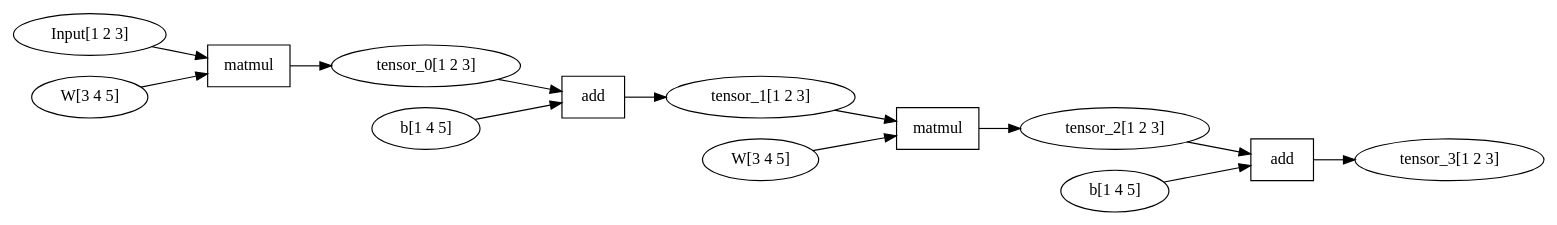
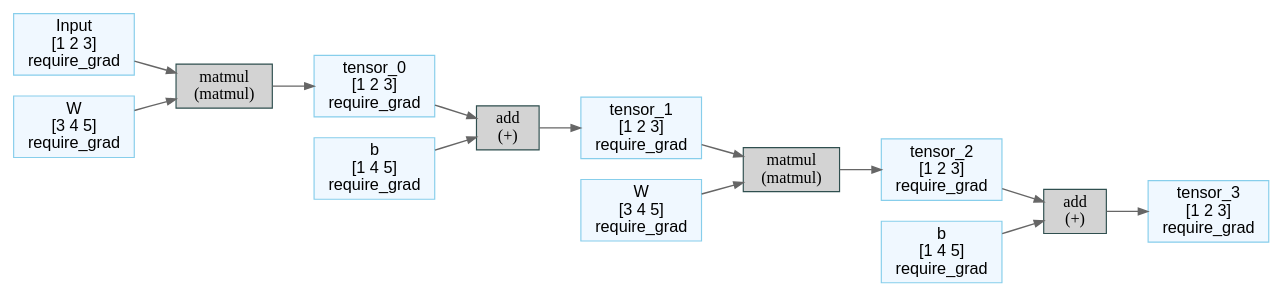
One commit to zhaziqwe/deepx changed the diagram in front/go/example/1_app.dot. Above: the diagram before and after it, drawn with Graphviz. The commit also changed 9 other files, not shown here.

```diff
--- a/front/go/example/1_app.dot
+++ b/front/go/example/1_app.dot
@@ -1,29 +1,29 @@
 digraph computational_graph {
   rankdir=LR;
   node [shape=record];
-  "0xc0000c2120" [label="Input[1 2 3]", shape=ellipse];
-  "0xc0000c2180" [label="W[3 4 5]", shape=ellipse];
-  "0xc0000c21e0" [label="tensor_0[1 2 3]", shape=ellipse];
-  "0xc0000c2240" [label="matmul", shape=rectangle];
-  "0xc0000c22a0" [label="b[1 4 5]", shape=ellipse];
-  "0xc0000c2300" [label="tensor_1[1 2 3]", shape=ellipse];
-  "0xc0000c2360" [label="add", shape=rectangle];
-  "0xc0000c23c0" [label="W[3 4 5]", shape=ellipse];
-  "0xc0000c2420" [label="tensor_2[1 2 3]", shape=ellipse];
-  "0xc0000c2480" [label="matmul", shape=rectangle];
-  "0xc0000c24e0" [label="b[1 4 5]", shape=ellipse];
-  "0xc0000c2540" [label="tensor_3[1 2 3]", shape=ellipse];
-  "0xc0000c25a0" [label="add", shape=rectangle];
-  "0xc0000c2240" -> "0xc0000c21e0";
-  "0xc0000c2120" -> "0xc0000c2240";
-  "0xc0000c2180" -> "0xc0000c2240";
-  "0xc0000c2360" -> "0xc0000c2300";
-  "0xc0000c21e0" -> "0xc0000c2360";
-  "0xc0000c22a0" -> "0xc0000c2360";
-  "0xc0000c2480" -> "0xc0000c2420";
-  "0xc0000c2300" -> "0xc0000c2480";
-  "0xc0000c23c0" -> "0xc0000c2480";
-  "0xc0000c25a0" -> "0xc0000c2540";
-  "0xc0000c2420" -> "0xc0000c25a0";
-  "0xc0000c24e0" -> "0xc0000c25a0";
+"0xc0000c2120" [label= "Input \n [1 2 3]\n require_grad",shape=box,color=skyblue,style=filled,fillcolor=aliceblue,fontname="Sans-Serif"];
+"0xc0000c2180" [label= "W \n [3 4 5]\n require_grad",shape=box,color=skyblue,style=filled,fillcolor=aliceblue,fontname="Sans-Serif"];
+"0xc0000c21e0" [label= "tensor_0 \n [1 2 3]\n require_grad",shape=box,color=skyblue,style=filled,fillcolor=aliceblue,fontname="Sans-Serif"];
+"0xc0000c2240" [label="matmul\n(matmul)",shape=box,style=filled,fillcolor=lightgray,color=darkslategray,fontname="Courier Bold"];
+"0xc0000c22a0" [label= "b \n [1 4 5]\n require_grad",shape=box,color=skyblue,style=filled,fillcolor=aliceblue,fontname="Sans-Serif"];
+"0xc0000c2300" [label= "tensor_1 \n [1 2 3]\n require_grad",shape=box,color=skyblue,style=filled,fillcolor=aliceblue,fontname="Sans-Serif"];
+"0xc0000c2360" [label="add\n(+)",shape=box,style=filled,fillcolor=lightgray,color=darkslategray,fontname="Courier Bold"];
+"0xc0000c23c0" [label= "W \n [3 4 5]\n require_grad",shape=box,color=skyblue,style=filled,fillcolor=aliceblue,fontname="Sans-Serif"];
+"0xc0000c2420" [label= "tensor_2 \n [1 2 3]\n require_grad",shape=box,color=skyblue,style=filled,fillcolor=aliceblue,fontname="Sans-Serif"];
+"0xc0000c2480" [label="matmul\n(matmul)",shape=box,style=filled,fillcolor=lightgray,color=darkslategray,fontname="Courier Bold"];
+"0xc0000c24e0" [label= "b \n [1 4 5]\n require_grad",shape=box,color=skyblue,style=filled,fillcolor=aliceblue,fontname="Sans-Serif"];
+"0xc0000c2540" [label= "tensor_3 \n [1 2 3]\n require_grad",shape=box,color=skyblue,style=filled,fillcolor=aliceblue,fontname="Sans-Serif"];
+"0xc0000c25a0" [label="add\n(+)",shape=box,style=filled,fillcolor=lightgray,color=darkslategray,fontname="Courier Bold"];
+  "0xc0000c2240" -> "0xc0000c21e0"[color=gray40,penwidth=1.2,arrowsize=0.8];
+  "0xc0000c2120" -> "0xc0000c2240"[color=gray40,penwidth=1.2,arrowsize=0.8];
+  "0xc0000c2180" -> "0xc0000c2240"[color=gray40,penwidth=1.2,arrowsize=0.8];
+  "0xc0000c2360" -> "0xc0000c2300"[color=gray40,penwidth=1.2,arrowsize=0.8];
+  "0xc0000c21e0" -> "0xc0000c2360"[color=gray40,penwidth=1.2,arrowsize=0.8];
+  "0xc0000c22a0" -> "0xc0000c2360"[color=gray40,penwidth=1.2,arrowsize=0.8];
+  "0xc0000c2480" -> "0xc0000c2420"[color=gray40,penwidth=1.2,arrowsize=0.8];
+  "0xc0000c2300" -> "0xc0000c2480"[color=gray40,penwidth=1.2,arrowsize=0.8];
+  "0xc0000c23c0" -> "0xc0000c2480"[color=gray40,penwidth=1.2,arrowsize=0.8];
+  "0xc0000c25a0" -> "0xc0000c2540"[color=gray40,penwidth=1.2,arrowsize=0.8];
+  "0xc0000c2420" -> "0xc0000c25a0"[color=gray40,penwidth=1.2,arrowsize=0.8];
+  "0xc0000c24e0" -> "0xc0000c25a0"[color=gray40,penwidth=1.2,arrowsize=0.8];
 }
```
